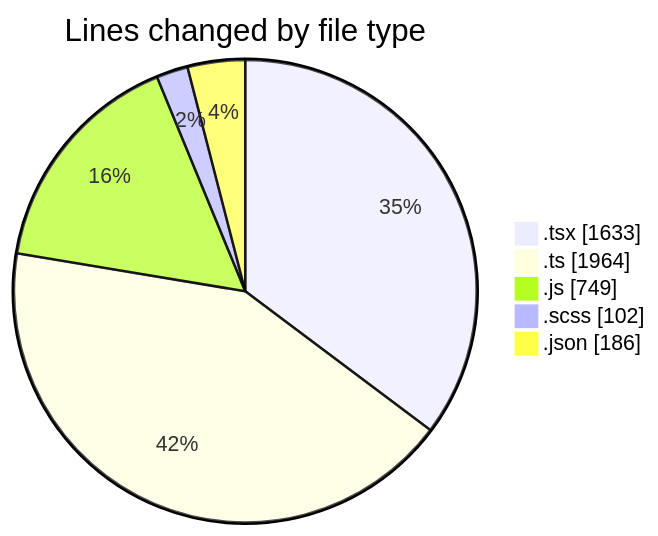
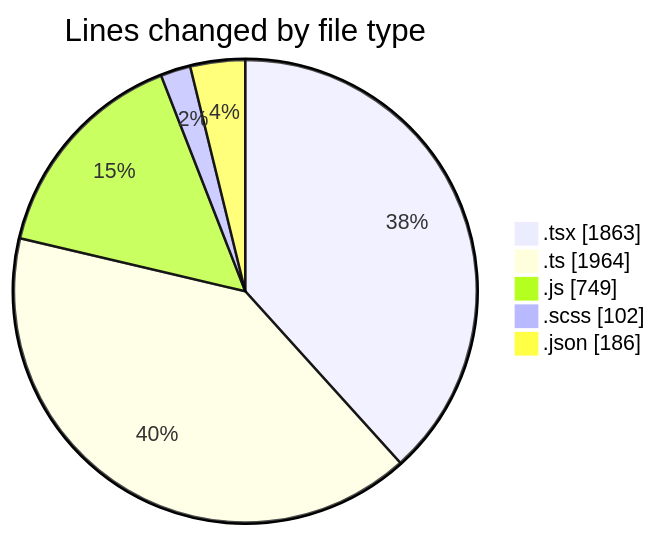
Before and after one commit to momahboobian/code-tracking: the first of 2 diagrams in 2026-06-11/cda/README.md, drawn with Mermaid. The commit also changed other lines of this file and 1 other file, not shown here.

````diff
--- a/2026-06-11/cda/README.md
+++ b/2026-06-11/cda/README.md
@@ -52,9 +53,9 @@
 ```mermaid
 pie showData
 title Lines changed by file type
-".tsx" : 1633
+".tsx" : 1863
 ".ts" : 1964
 ".js" : 749
 ".scss" : 102
 ".json" : 186
 ```
````
